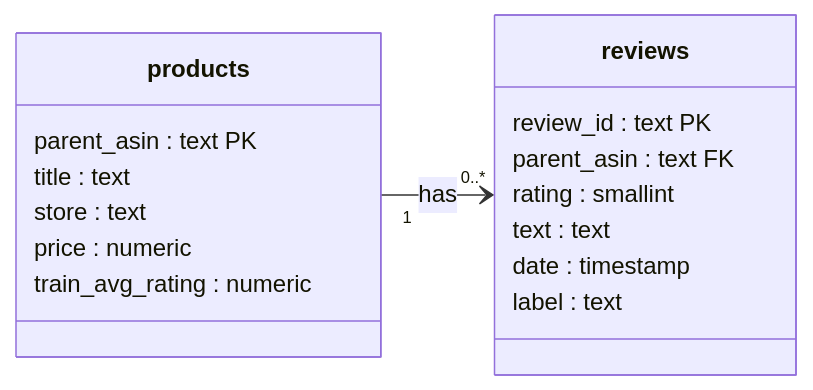
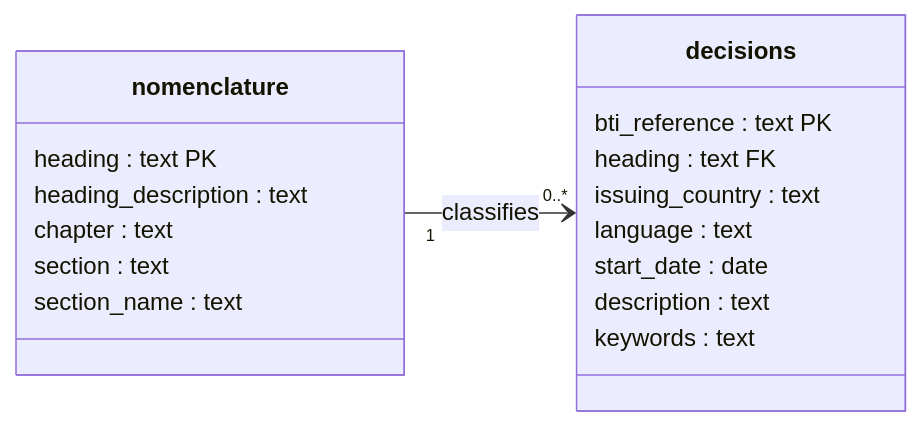
The second of 3 diagrams in sessions/03-sql-and-polars/theory/01-relational-model-and-sql.md (khoadaniel/statistical-programming-mpmd-htw-ws-2026), drawn with Mermaid before and after one commit. The commit also changed other lines of this file and 268 other files, not shown here.

````diff
--- a/sessions/03-sql-and-polars/theory/01-relational-model-and-sql.md
+++ b/sessions/03-sql-and-polars/theory/01-relational-model-and-sql.md
@@ -46,20 +47,21 @@
 ```mermaid
 classDiagram
     direction LR
-    class products {
-        parent_asin : text  PK
-        title : text
-        store : text
-        price : numeric
-        train_avg_rating : numeric
+    class nomenclature {
+        heading : text  PK
+        heading_description : text
+        chapter : text
+        section : text
+        section_name : text
     }
-    class reviews {
-        review_id : text  PK
-        parent_asin : text  FK
-        rating : smallint
-        text : text
-        date : timestamp
-        label : text
+    class decisions {
+        bti_reference : text  PK
+        heading : text  FK
+        issuing_country : text
+        language : text
+        start_date : date
+        description : text
+        keywords : text
     }
-    products "1" --> "0..*" reviews : has
+    nomenclature "1" --> "0..*" decisions : classifies
 ```
````
